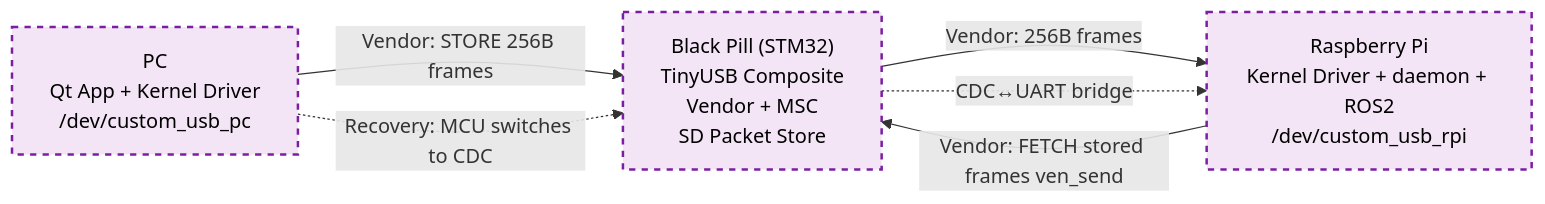
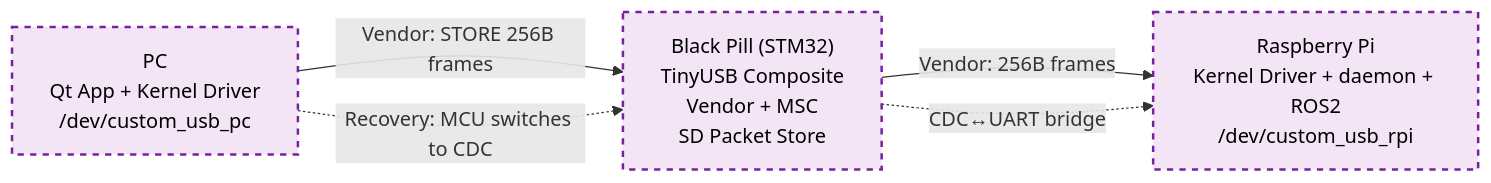
Before and after one commit to ChangHoiAn/example: the first of 4 diagrams in README.md, drawn with Mermaid.

````diff
--- a/README.md
+++ b/README.md
@@ -39,24 +39,23 @@
 ```mermaid
 %%{init: {"themeVariables": {"fontSize": "16px"}, "flowchart": {"useMaxWidth": true, "nodeSpacing": 45, "rankSpacing": 60, "diagramPadding": 8}}}%%
 flowchart LR
   classDef pc fill:#e3f2fd,stroke:#1565c0,stroke-width:2px,color:black;
   classDef mcu fill:#fff9c4,stroke:#fbc02d,stroke-width:2px,color:black;
   classDef rpi fill:#e8f5e9,stroke:#2e7d32,stroke-width:2px,color:black;
   classDef usb fill:#f3e5f5,stroke:#7b1fa2,stroke-width:2px,stroke-dasharray: 5 5,color:black;
 
   PC["PC<br/>Qt App + Kernel Driver<br/>/dev/custom_usb_pc"]
   MCU["Black Pill (STM32)<br/>TinyUSB Composite<br/>Vendor + MSC<br/>SD Packet Store"]
   RPI["Raspberry Pi<br/>Kernel Driver + daemon + ROS2<br/>/dev/custom_usb_rpi"]
 
   PC  --> |Vendor: STORE 256B frames| MCU
-  RPI --> |Vendor: FETCH stored frames ven_send| MCU
   MCU --> |Vendor: 256B frames| RPI
 
   PC  -.-> |Recovery: MCU switches to CDC| MCU
   MCU -.-> |CDC↔UART bridge| RPI
 
   class PC pc;
   class MCU mcu;
   class RPI rpi;
   class PC,MCU,RPI usb;
 ```
````
